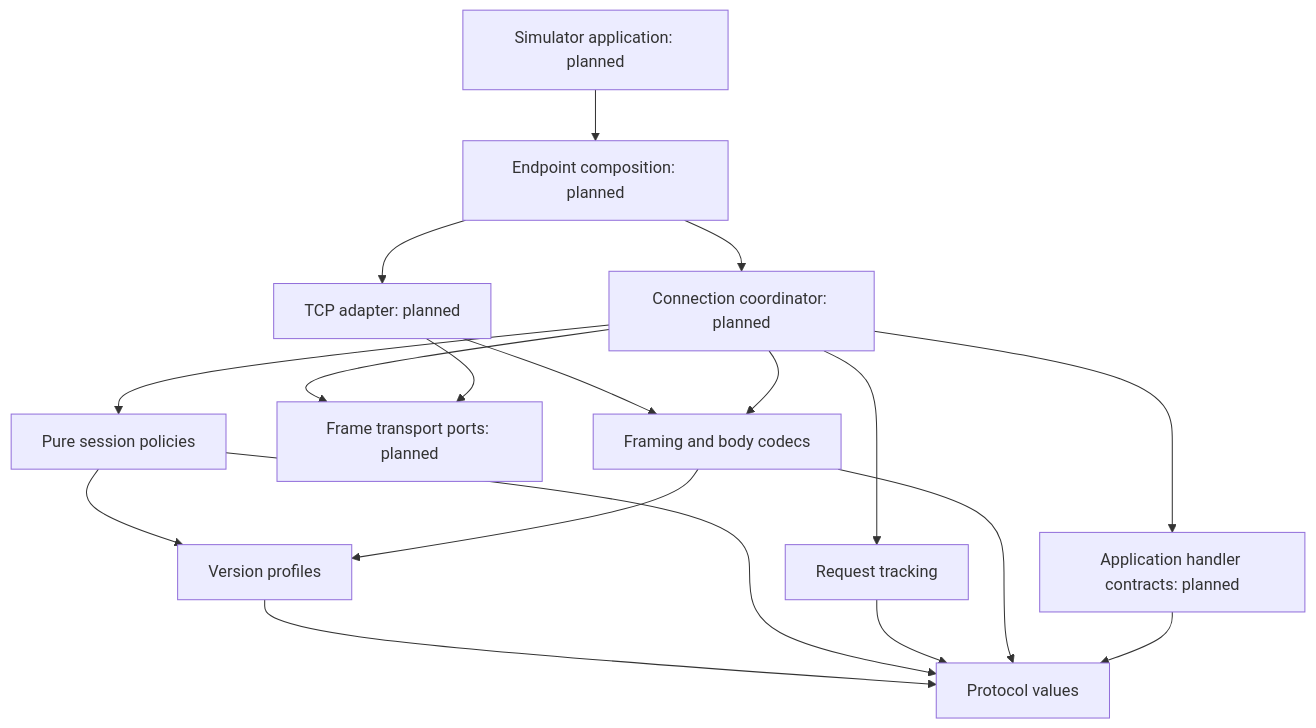
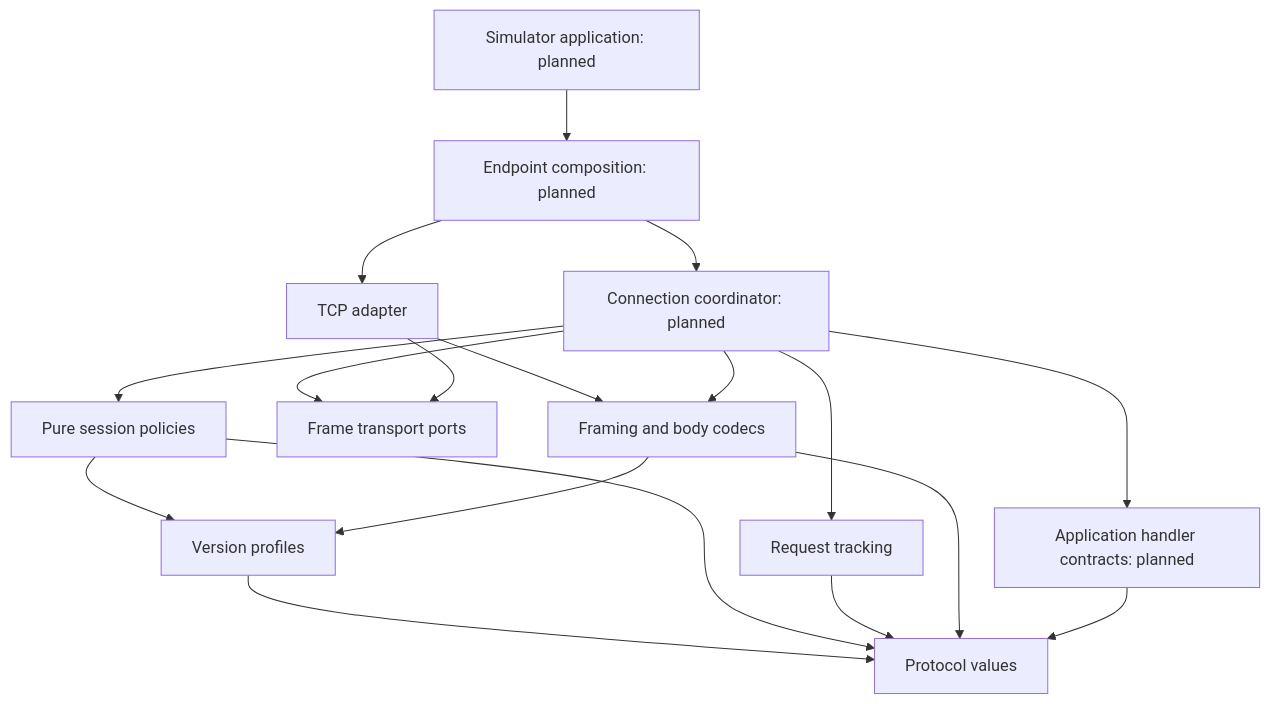
The diagram in docs/API.md (AidarbekMetinov/lightweight-smpp), drawn with Mermaid before and after one commit. The commit also changed other lines of this file and 36 other files, not shown here.

Commit message:
Add TCP transport

````diff
--- a/docs/API.md
+++ b/docs/API.md
@@ -243,20 +244,20 @@
 ```mermaid
 flowchart TD
     Sim[Simulator application: planned] --> Api[Endpoint composition: planned]
     Api --> Core[Connection coordinator: planned]
-    Api --> Transport[TCP adapter: planned]
+    Api --> Transport[TCP adapter]
     Core --> Policies[Pure session policies]
     Core --> Requests[Request tracking]
-    Core --> Ports[Frame transport ports: planned]
+    Core --> Ports[Frame transport ports]
     Transport --> Ports
     Transport --> Codec[Framing and body codecs]
     Core --> Codec
     Policies --> Profiles[Version profiles]
     Codec --> Profiles
     Profiles --> Values[Protocol values]
     Policies --> Values
     Requests --> Values
     Codec --> Values
     Core --> Handlers[Application handler contracts: planned]
     Handlers --> Values
 ```
````
